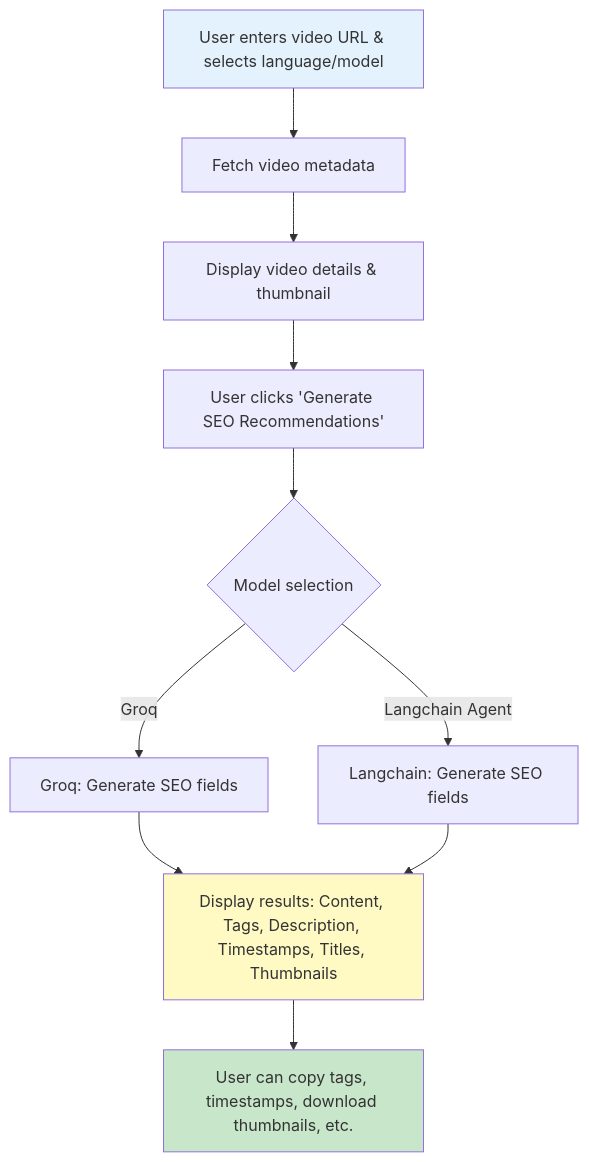
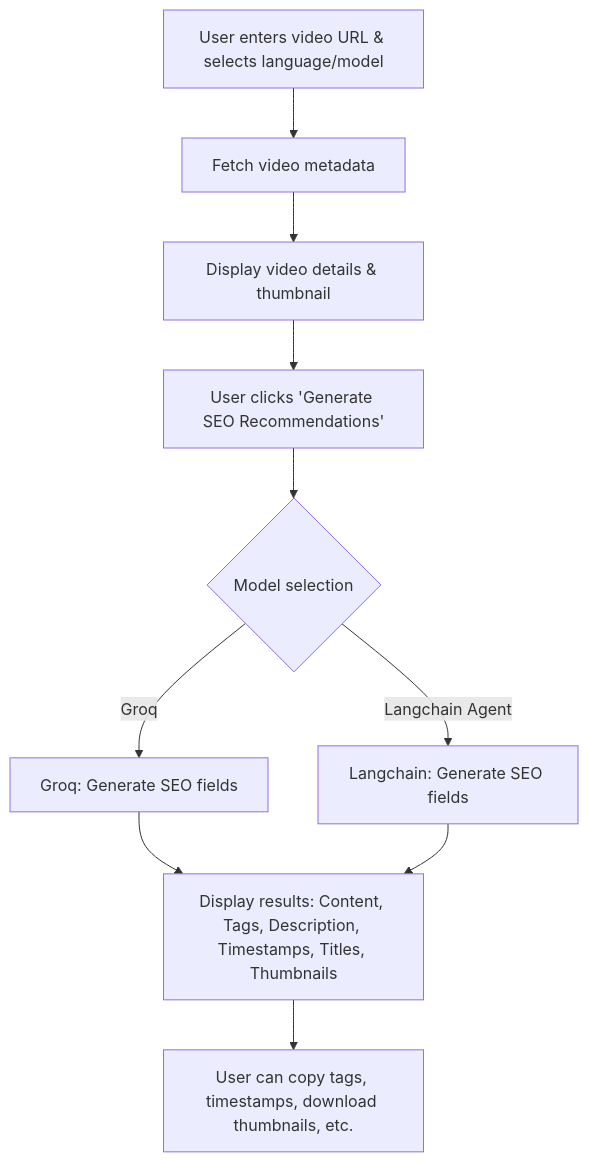
One commit to avirup112/Video_seo_generator changed the diagram in README.md. Above: the diagram before and after it, drawn with Mermaid.

````diff
--- a/README.md
+++ b/README.md
@@ -23,19 +23,16 @@
 ```mermaid
 flowchart TD
     A[User enters video URL & selects language/model]
     B[Fetch video metadata]
     C[Display video details & thumbnail]
     D[User clicks 'Generate SEO Recommendations']
     E{Model selection}
     F[Groq: Generate SEO fields]
     G[Langchain: Generate SEO fields]
     H[Display results: Content, Tags, Description, Timestamps, Titles, Thumbnails]
     I[User can copy tags, timestamps, download thumbnails, etc.]
     A --> B --> C --> D --> E
     E -- Groq --> F --> H
     E -- Langchain Agent --> G --> H
     H --> I
-    style A fill:#E3F2FD
-    style H fill:#FFF9C4
-    style I fill:#C8E6C9
 ```
````
